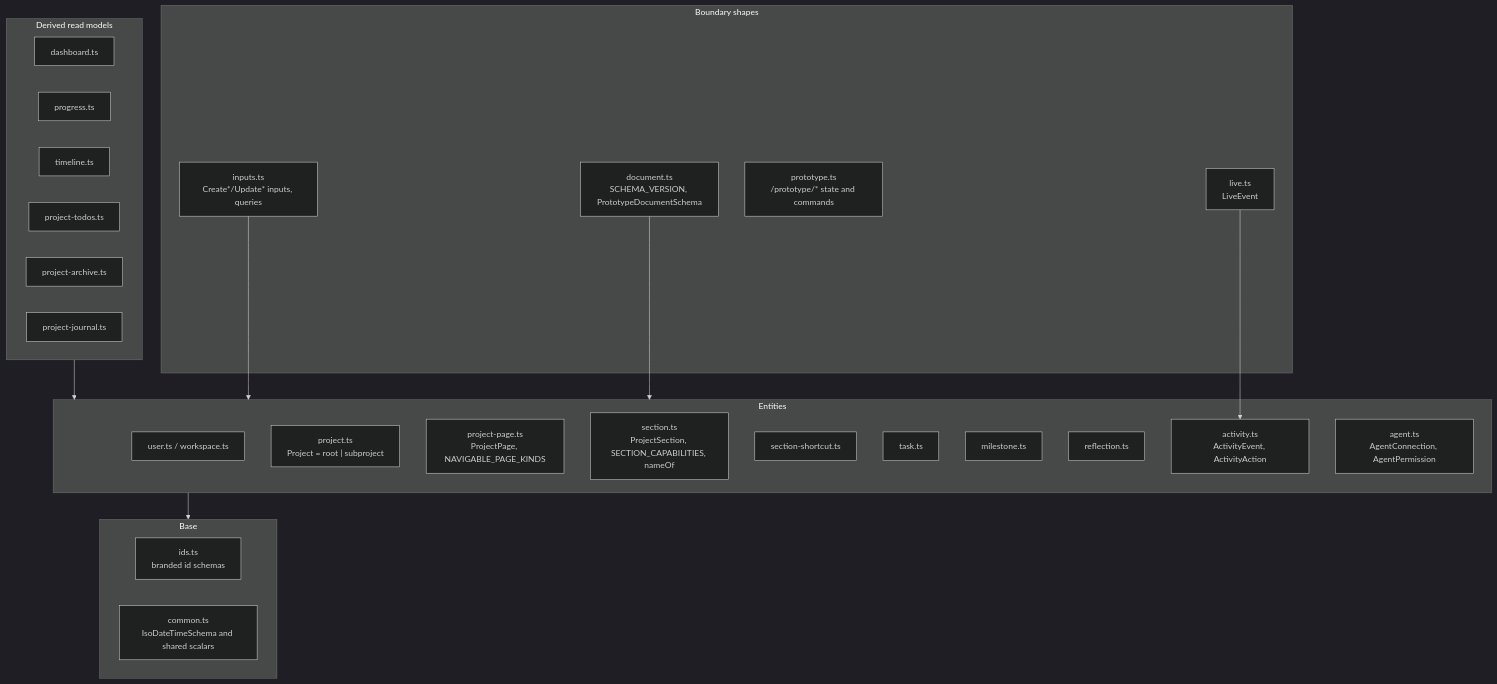
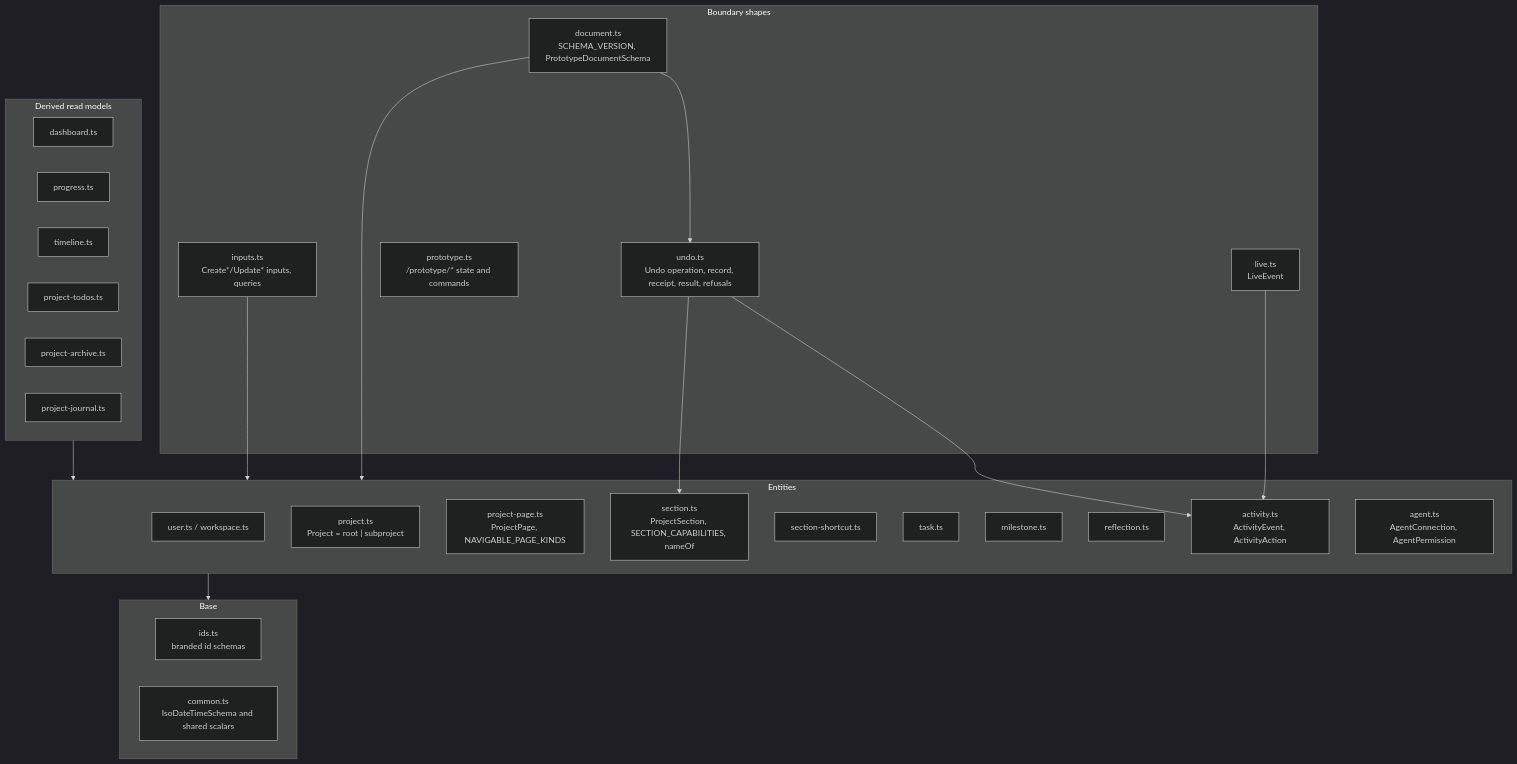
The first of 2 diagrams in docs/architecture/contracts/what.md (CalciteDragon/Canvas-work-manager-prototype), drawn with Mermaid (dark theme) before and after one commit. The commit also changed other lines of this file and 31 other files, not shown here.

First line of the commit message:
docs(30): section removal Undo in spec §§14/31/54/57/61/62, architecture, guides and decisions

````diff
--- a/docs/architecture/contracts/what.md
+++ b/docs/architecture/contracts/what.md
@@ -5,38 +5,42 @@
 ```mermaid
 flowchart TB
   subgraph base["Base"]
     ids["ids.ts<br/>branded id schemas"]
     common["common.ts<br/>IsoDateTimeSchema and shared scalars"]
   end
   subgraph entities["Entities"]
     user["user.ts / workspace.ts"]
     project["project.ts<br/>Project = root | subproject"]
     page["project-page.ts<br/>ProjectPage, NAVIGABLE_PAGE_KINDS"]
     section["section.ts<br/>ProjectSection, SECTION_CAPABILITIES, nameOf"]
     shortcut["section-shortcut.ts"]
     task["task.ts"]
     milestone["milestone.ts"]
     reflection["reflection.ts"]
     activity["activity.ts<br/>ActivityEvent, ActivityAction"]
     agent["agent.ts<br/>AgentConnection, AgentPermission"]
   end
   subgraph derived["Derived read models"]
     dashboard["dashboard.ts"]
     progress["progress.ts"]
     timeline["timeline.ts"]
     todos["project-todos.ts"]
     archive["project-archive.ts"]
     journal["project-journal.ts"]
   end
   subgraph boundary["Boundary shapes"]
     inputs["inputs.ts<br/>Create*/Update* inputs, queries"]
     live["live.ts<br/>LiveEvent"]
     prototype["prototype.ts<br/>/prototype/* state and commands"]
     document["document.ts<br/>SCHEMA_VERSION, PrototypeDocumentSchema"]
+    undo["undo.ts<br/>Undo operation, record, receipt, result, refusals"]
   end
+  undo --> section
+  undo --> activity
+  document --> undo
   entities --> base
   derived --> entities
   inputs --> entities
   live --> activity
   document --> entities
 ```
````
